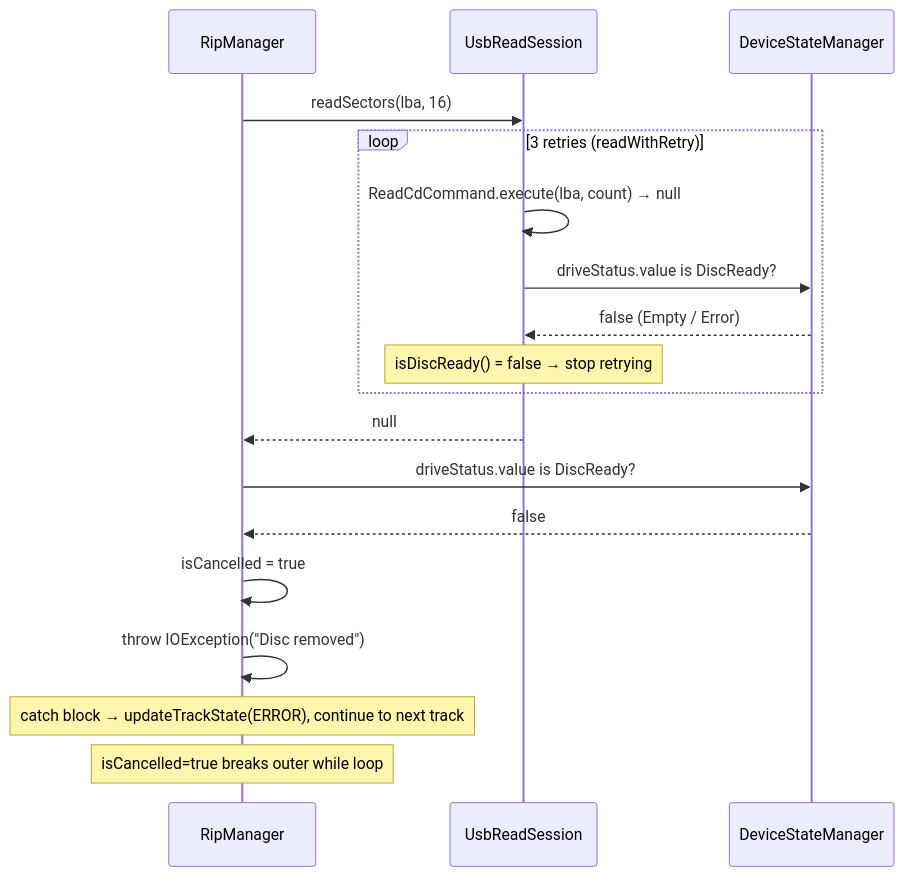
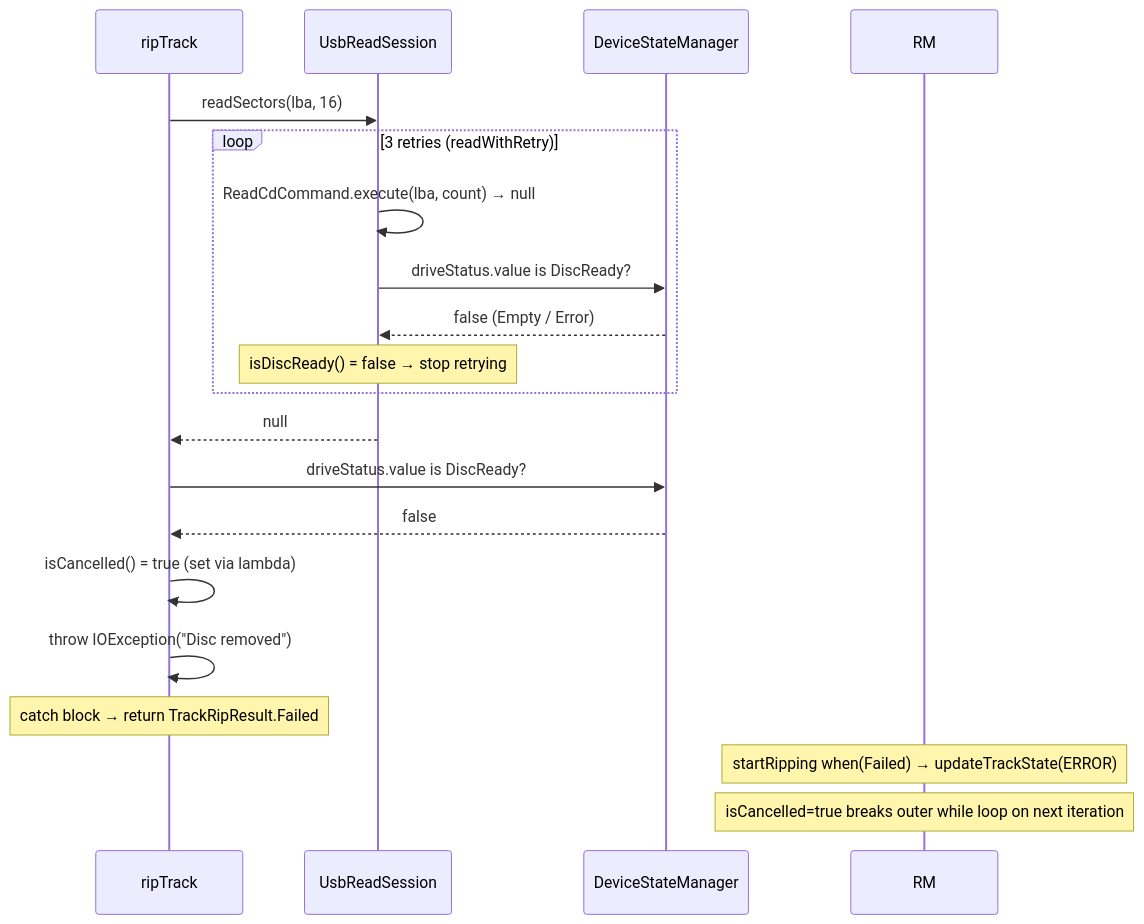
The third of 3 diagrams in docs/ripping/RipManager.md (steve-keep/BitPerfect), drawn with Mermaid before and after one commit. The commit also changed other lines of this file, not shown here.

````diff
--- a/docs/ripping/RipManager.md
+++ b/docs/ripping/RipManager.md
@@ -343,24 +491,25 @@
 ```mermaid
 sequenceDiagram
-    participant RM as RipManager
+    participant RT as ripTrack
     participant URS as UsbReadSession
     participant DSM as DeviceStateManager
 
-    RM->>URS: readSectors(lba, 16)
+    RT->>URS: readSectors(lba, 16)
 
     loop 3 retries (readWithRetry)
         URS->>URS: ReadCdCommand.execute(lba, count) → null
         URS->>DSM: driveStatus.value is DiscReady?
         DSM-->>URS: false (Empty / Error)
         note over URS: isDiscReady() = false → stop retrying
     end
 
-    URS-->>RM: null
+    URS-->>RT: null
 
-    RM->>DSM: driveStatus.value is DiscReady?
-    DSM-->>RM: false
-    RM->>RM: isCancelled = true
-    RM->>RM: throw IOException("Disc removed")
-    note over RM: catch block → updateTrackState(ERROR), continue to next track
-    note over RM: isCancelled=true breaks outer while loop
+    RT->>DSM: driveStatus.value is DiscReady?
+    DSM-->>RT: false
+    RT->>RT: isCancelled() = true (set via lambda)
+    RT->>RT: throw IOException("Disc removed")
+    note over RT: catch block → return TrackRipResult.Failed
+    note over RM: startRipping when(Failed) → updateTrackState(ERROR)
+    note over RM: isCancelled=true breaks outer while loop on next iteration
 ```
````
